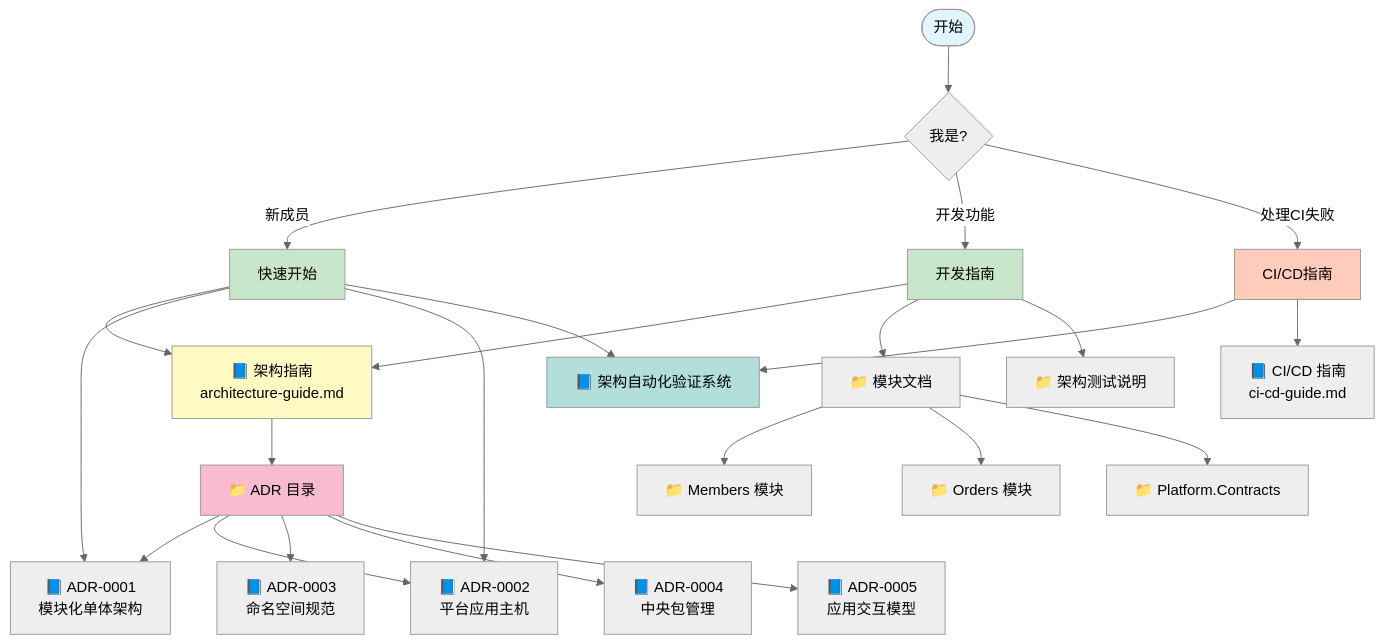
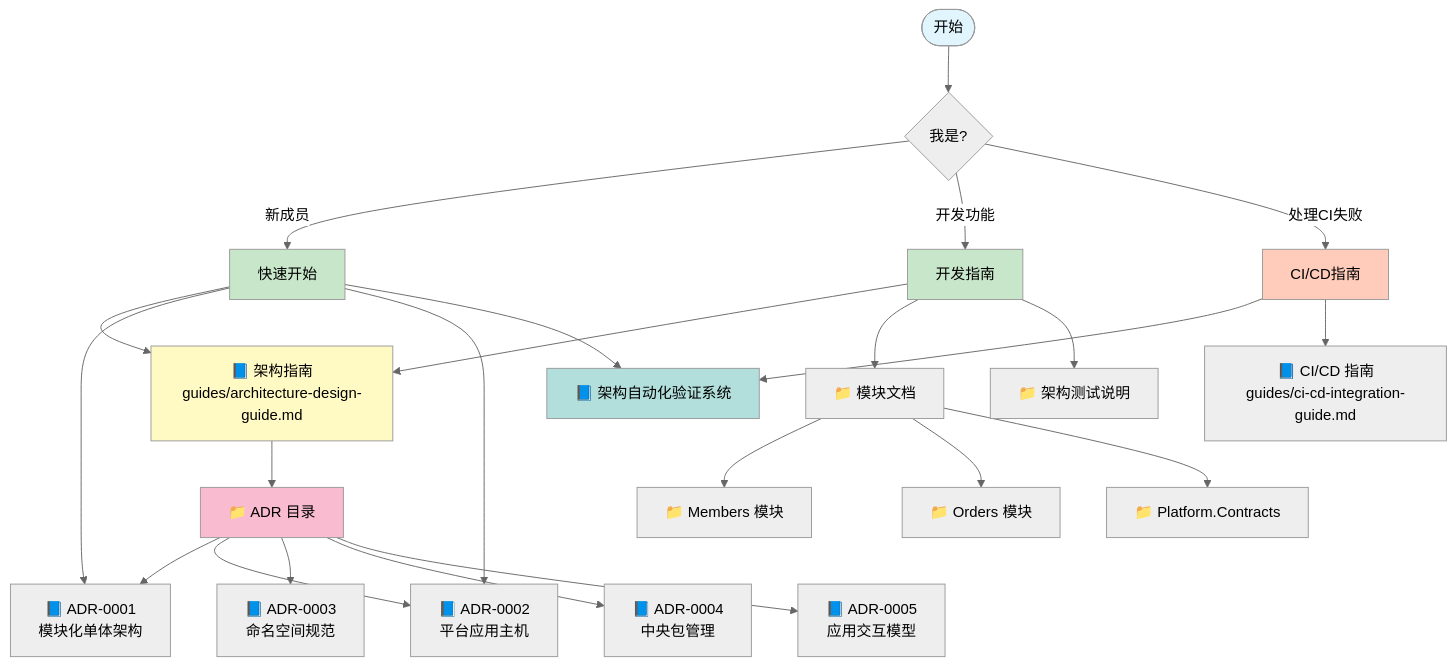
The first of 2 diagrams in docs/README.md (douhuaa/Zss.BilliardHall), drawn with Mermaid (neutral theme) before and after one commit. The commit also changed other lines of this file and 14 other files, not shown here.

````diff
--- a/docs/README.md
+++ b/docs/README.md
@@ -12,40 +12,40 @@
 ```mermaid
 graph TB
     Start([开始])
     
     Start --> NewDev{我是?}
     NewDev -->|新成员| QuickStart[快速开始]
     NewDev -->|开发功能| DevGuide[开发指南]
     NewDev -->|处理CI失败| CIFix[CI/CD指南]
     
-    QuickStart --> ArchGuide[📘 架构指南<br/>architecture-guide.md]
+    QuickStart --> ArchGuide[📘 架构指南<br/>guides/architecture-design-guide.md]
     QuickStart --> ADR001[📘 ADR-0001<br/>模块化单体架构]
     QuickStart --> ADR002[📘 ADR-0002<br/>平台应用主机]
     QuickStart --> AutoVerify[📘 架构自动化验证系统]
     
     DevGuide --> ArchGuide
     DevGuide --> ModuleDocs[📁 模块文档]
     DevGuide --> ArchTests[📁 架构测试说明]
     
     CIFix --> AutoVerify
-    CIFix --> CIGuide[📘 CI/CD 指南<br/>ci-cd-guide.md]
+    CIFix --> CIGuide[📘 CI/CD 指南<br/>guides/ci-cd-integration-guide.md]
     
     ArchGuide --> ADRIndex[📁 ADR 目录]
     ADRIndex --> ADR001
     ADRIndex --> ADR002
     ADRIndex --> ADR003[📘 ADR-0003<br/>命名空间规范]
     ADRIndex --> ADR004[📘 ADR-0004<br/>中央包管理]
     ADRIndex --> ADR005[📘 ADR-0005<br/>应用交互模型]
     
     ModuleDocs --> Members[📁 Members 模块]
     ModuleDocs --> Orders[📁 Orders 模块]
     ModuleDocs --> Contracts[📁 Platform.Contracts]
     
     style Start fill:#e1f5ff
     style QuickStart fill:#c8e6c9
     style DevGuide fill:#c8e6c9
     style CIFix fill:#ffccbc
     style ArchGuide fill:#fff9c4
     style ADRIndex fill:#f8bbd0
     style AutoVerify fill:#b2dfdb
 ```
````
